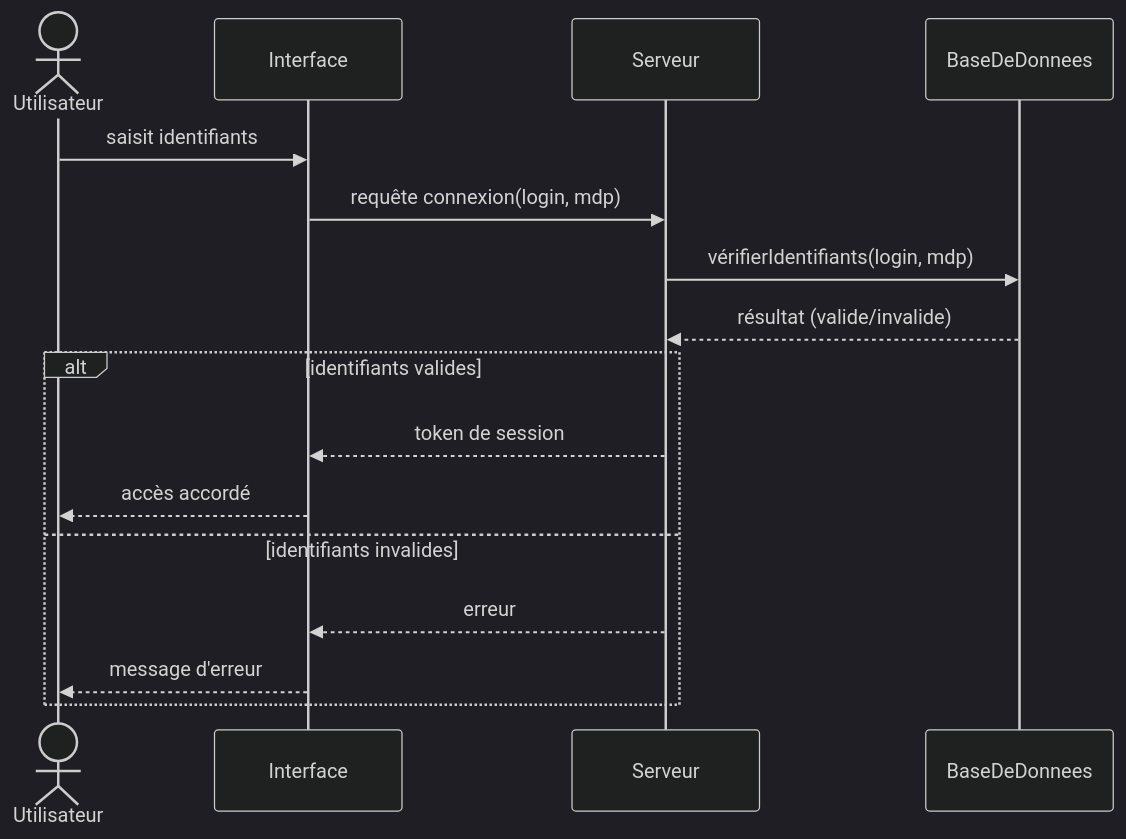
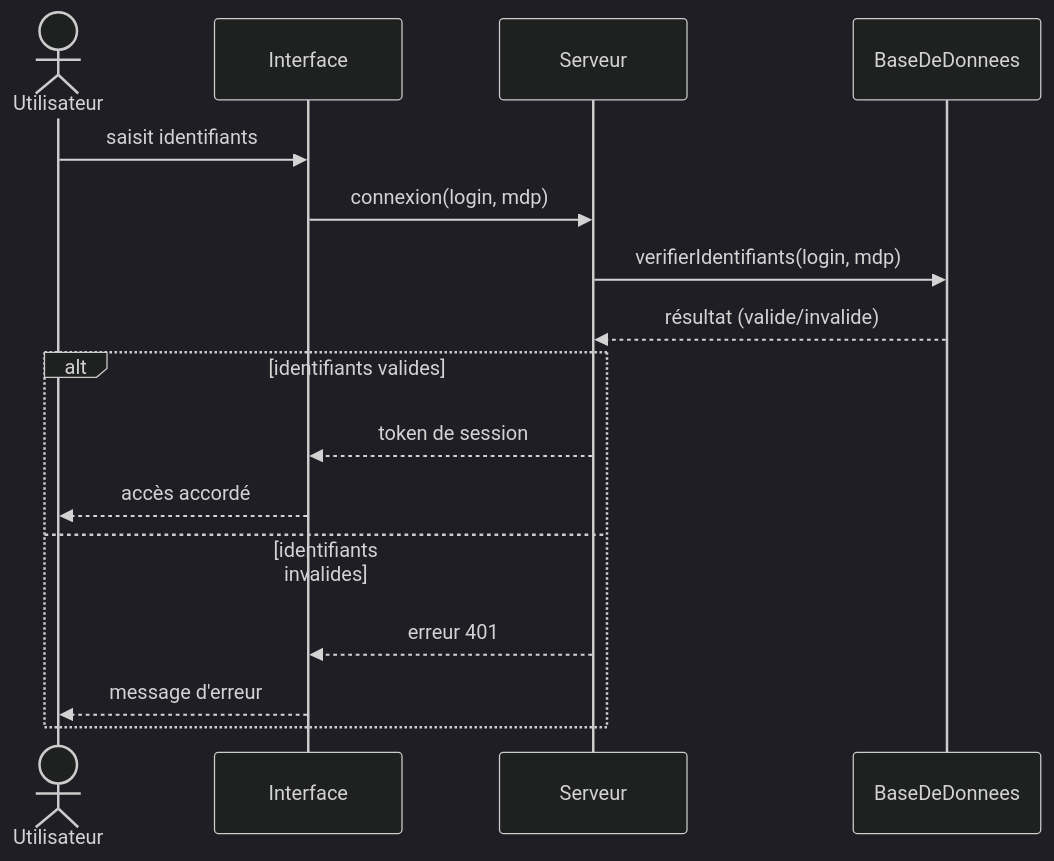
The first of 8 diagrams in 03-diagramme-sequence/notes.md (JR-CIEL-2-PROGRAMMATION/uml-learning), drawn with Mermaid (dark theme) before and after one commit. The commit also changed other lines of this file and 5 other files, not shown here.

````diff
--- a/03-diagramme-sequence/notes.md
+++ b/03-diagramme-sequence/notes.md
@@ -18,20 +44,20 @@
 ```mermaid
 sequenceDiagram
     actor Utilisateur
     participant Interface
     participant Serveur
     participant BaseDeDonnees
 
     Utilisateur->>Interface: saisit identifiants
-    Interface->>Serveur: requête connexion(login, mdp)
-    Serveur->>BaseDeDonnees: vérifierIdentifiants(login, mdp)
+    Interface->>Serveur: connexion(login, mdp)
+    Serveur->>BaseDeDonnees: verifierIdentifiants(login, mdp)
     BaseDeDonnees-->>Serveur: résultat (valide/invalide)
 
     alt identifiants valides
         Serveur-->>Interface: token de session
         Interface-->>Utilisateur: accès accordé
     else identifiants invalides
-        Serveur-->>Interface: erreur
+        Serveur-->>Interface: erreur 401
         Interface-->>Utilisateur: message d'erreur
     end
 ```
````
